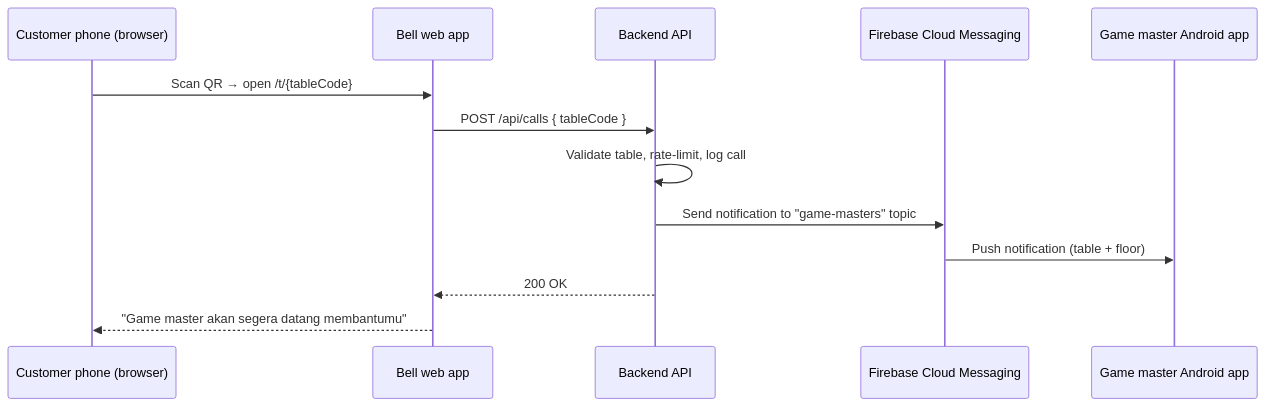
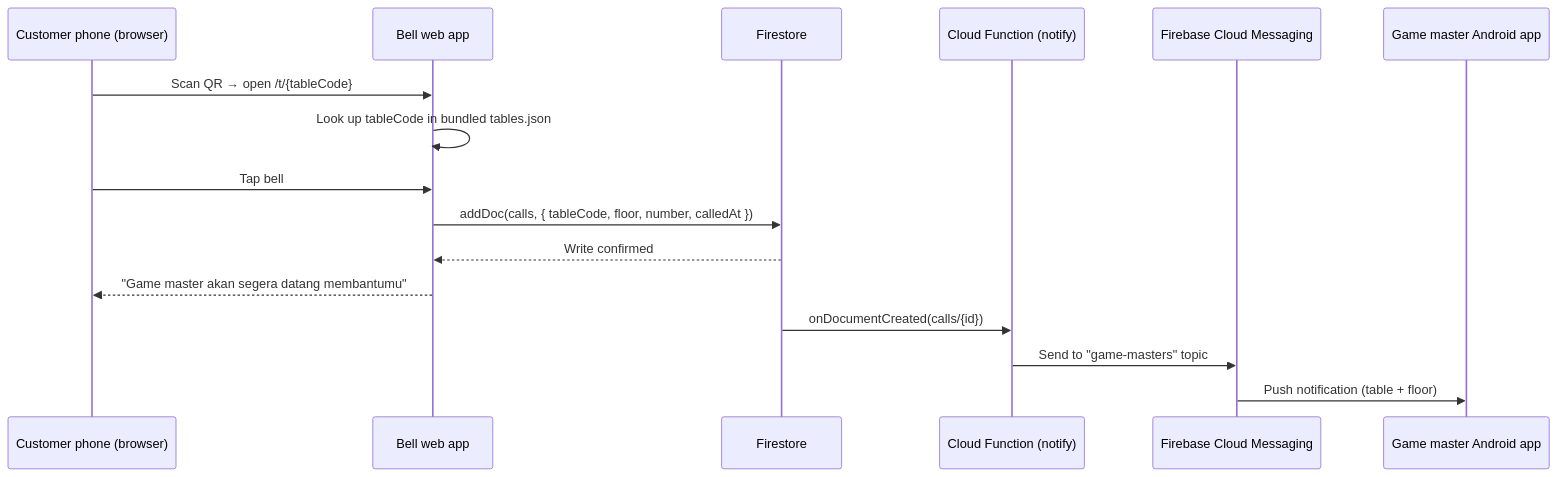
One commit to gatherloop/game-master-bell changed the diagram in docs/PRD.md. Above: the diagram before and after it, drawn with Mermaid. The commit also changed other lines of this file, not shown here.

First line of the commit message:
Remove custom backend: table data in tables.json, Firebase serverless for push

````diff
--- a/docs/PRD.md
+++ b/docs/PRD.md
@@ -65,16 +72,19 @@
 ```mermaid
 sequenceDiagram
     participant C as Customer phone (browser)
     participant W as Bell web app
-    participant A as Backend API
-    participant F as Firebase Cloud Messaging
+    participant FS as Firestore
+    participant FN as Cloud Function (notify)
+    participant FCM as Firebase Cloud Messaging
     participant G as Game master Android app
 
     C->>W: Scan QR → open /t/{tableCode}
-    W->>A: POST /api/calls { tableCode }
-    A->>A: Validate table, rate-limit, log call
-    A->>F: Send notification to "game-masters" topic
-    F->>G: Push notification (table + floor)
-    A-->>W: 200 OK
+    W->>W: Look up tableCode in bundled tables.json
+    C->>W: Tap bell
+    W->>FS: addDoc(calls, { tableCode, floor, number, calledAt })
+    FS-->>W: Write confirmed
     W-->>C: "Game master akan segera datang membantumu"
+    FS->>FN: onDocumentCreated(calls/{id})
+    FN->>FCM: Send to "game-masters" topic
+    FCM->>G: Push notification (table + floor)
 ```
````
